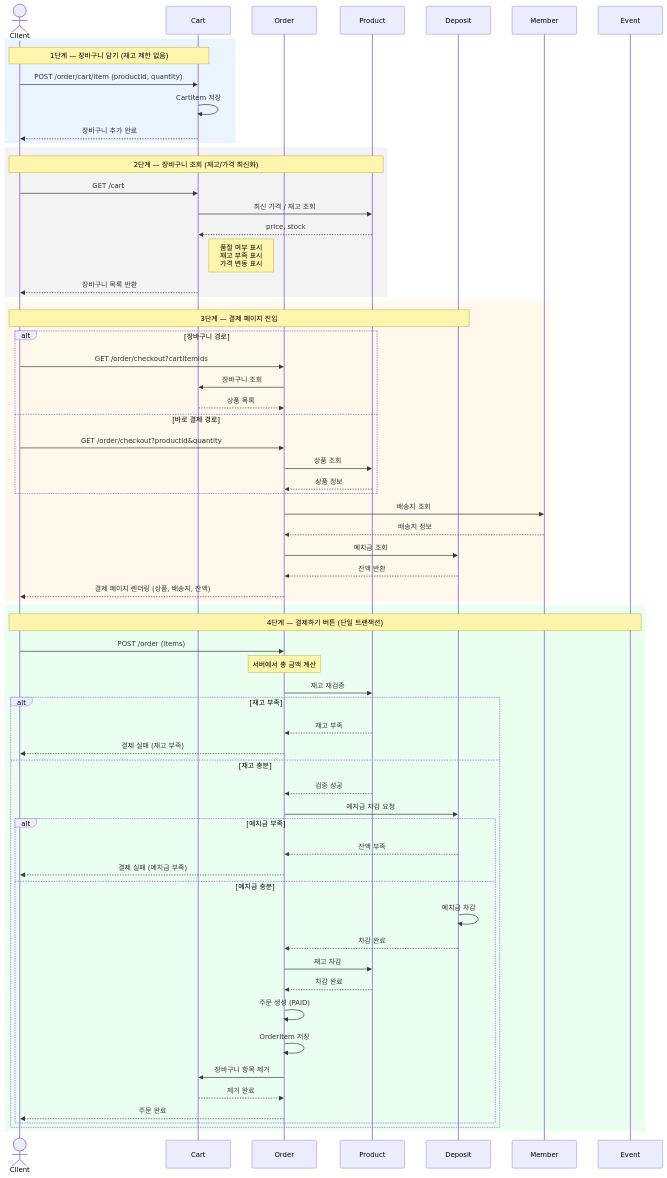
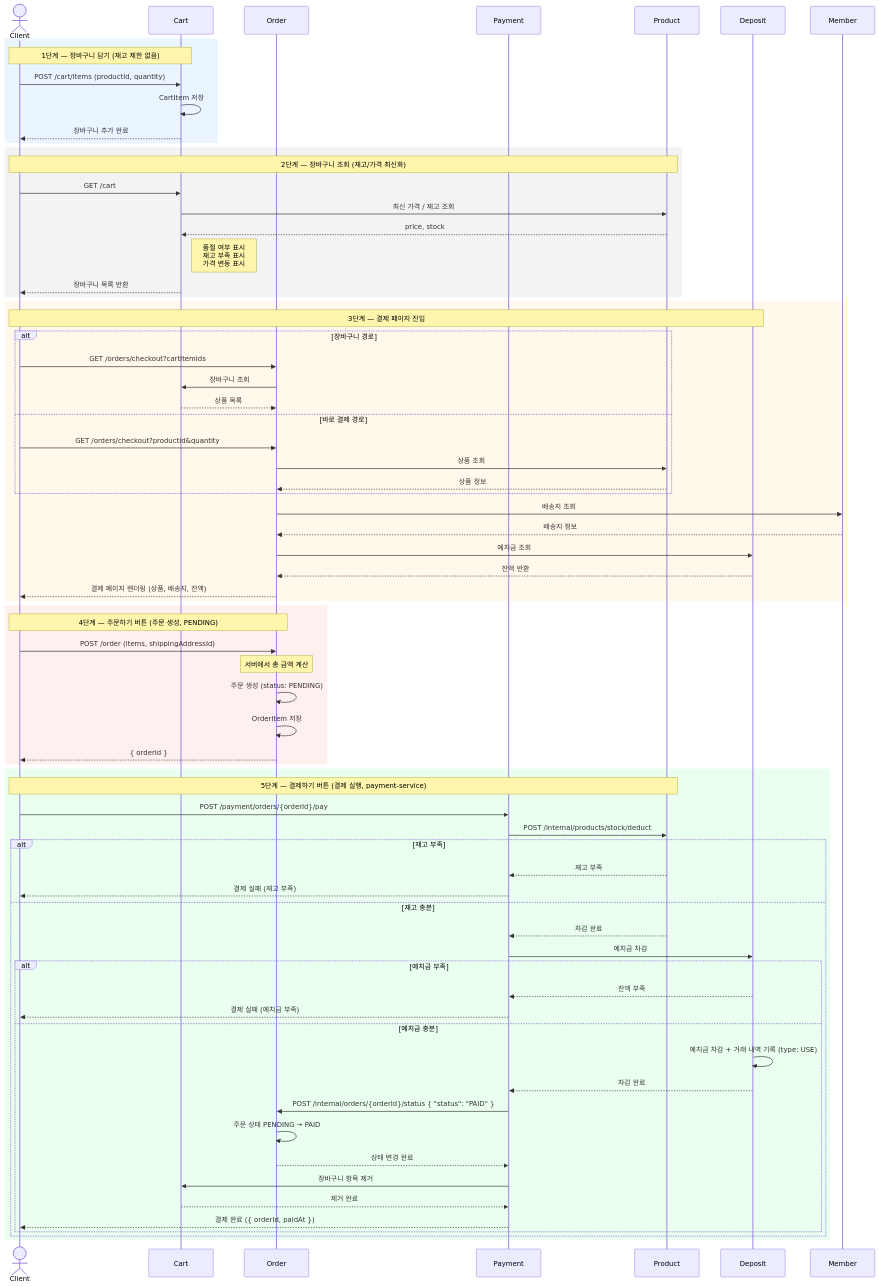
Before and after one commit to prgrms-be-adv-devcourse/beadv5_5_404_Not_Found_BE: the first of 3 diagrams in docs/OrderPaymentFlow.md, drawn with Mermaid. The commit also changed other lines of this file and 6 other files, not shown here.

First line of the commit message:
docs: 주문-결제 플로우 분리 설계 반영 (#32, #33, #34, #35)

````diff
--- a/docs/OrderPaymentFlow.md
+++ b/docs/OrderPaymentFlow.md
@@ -31,72 +32,79 @@
 ```mermaid
 sequenceDiagram
     actor Client
     participant Cart
     participant Order
+    participant Payment
     participant Product
     participant Deposit
     participant Member
-    participant Event
 
     rect rgb(235, 245, 255)
         Note over Client,Cart: 1단계 — 장바구니 담기 (재고 제한 없음)
-        Client->>Cart: POST /order/cart/item (productId, quantity)
+        Client->>Cart: POST /cart/items (productId, quantity)
         Cart->>Cart: CartItem 저장
         Cart-->>Client: 장바구니 추가 완료
     end
 
     rect rgb(243, 243, 243)
         Note over Client,Product: 2단계 — 장바구니 조회 (재고/가격 최신화)
         Client->>Cart: GET /cart
         Cart->>Product: 최신 가격 / 재고 조회
         Product-->>Cart: price, stock
         Note right of Cart: 품절 여부 표시<br/>재고 부족 표시<br/>가격 변동 표시
         Cart-->>Client: 장바구니 목록 반환
     end
 
     rect rgb(255, 248, 235)
         Note over Client,Deposit: 3단계 — 결제 페이지 진입
         alt 장바구니 경로
-            Client->>Order: GET /order/checkout?cartItemIds
+            Client->>Order: GET /orders/checkout?cartItemIds
             Order->>Cart: 장바구니 조회
             Cart-->>Order: 상품 목록
         else 바로 결제 경로
-            Client->>Order: GET /order/checkout?productId&quantity
+            Client->>Order: GET /orders/checkout?productId&quantity
             Order->>Product: 상품 조회
             Product-->>Order: 상품 정보
         end
         Order->>Member: 배송지 조회
         Member-->>Order: 배송지 정보
         Order->>Deposit: 예치금 조회
         Deposit-->>Order: 잔액 반환
         Order-->>Client: 결제 페이지 렌더링 (상품, 배송지, 잔액)
     end
 
+    rect rgb(255, 240, 240)
+        Note over Client,Order: 4단계 — 주문하기 버튼 (주문 생성, PENDING)
+        Client->>Order: POST /order (items, shippingAddressId)
+        Note over Order: 서버에서 총 금액 계산
+        Order->>Order: 주문 생성 (status: PENDING)
+        Order->>Order: OrderItem 저장
+        Order-->>Client: { orderId }
+    end
+
     rect rgb(235, 255, 240)
-        Note over Client,Event: 4단계 — 결제하기 버튼 (단일 트랜잭션)
-        Client->>Order: POST /order (items)
-        Note over Order: 서버에서 총 금액 계산
-        Order->>Product: 재고 재검증
+        Note over Client,Product: 5단계 — 결제하기 버튼 (결제 실행, payment-service)
+        Client->>Payment: POST /payment/orders/{orderId}/pay
+        Payment->>Product: POST /internal/products/stock/deduct
         alt 재고 부족
-            Product-->>Order: 재고 부족
-            Order-->>Client: 결제 실패 (재고 부족)
+            Product-->>Payment: 재고 부족
+            Payment-->>Client: 결제 실패 (재고 부족)
         else 재고 충분
-            Product-->>Order: 검증 성공
-            Order->>Deposit: 예치금 차감 요청
+            Product-->>Payment: 차감 완료
+            Payment->>Deposit: 예치금 차감
             alt 예치금 부족
-                Deposit-->>Order: 잔액 부족
-                Order-->>Client: 결제 실패 (예치금 부족)
+                Deposit-->>Payment: 잔액 부족
+                Payment-->>Client: 결제 실패 (예치금 부족)
             else 예치금 충분
-                Deposit->>Deposit: 예치금 차감
-                Deposit-->>Order: 차감 완료
-                Order->>Product: 재고 차감
-                Product-->>Order: 차감 완료
-                Order->>Order: 주문 생성 (PAID)
-                Order->>Order: OrderItem 저장
-                Order->>Cart: 장바구니 항목 제거
-                Cart-->>Order: 제거 완료
-                Order-->>Client: 주문 완료
+                Deposit->>Deposit: 예치금 차감 + 거래 내역 기록 (type: USE)
+                Deposit-->>Payment: 차감 완료
+                Payment->>Order: POST /internal/orders/{orderId}/status { "status": "PAID" }
+                Order->>Order: 주문 상태 PENDING → PAID
+                Order-->>Payment: 상태 변경 완료
+                Payment->>Cart: 장바구니 항목 제거
+                Cart-->>Payment: 제거 완료
+                Payment-->>Client: 결제 완료 ({ orderId, paidAt })
             end
         end
     end
 ```
````
